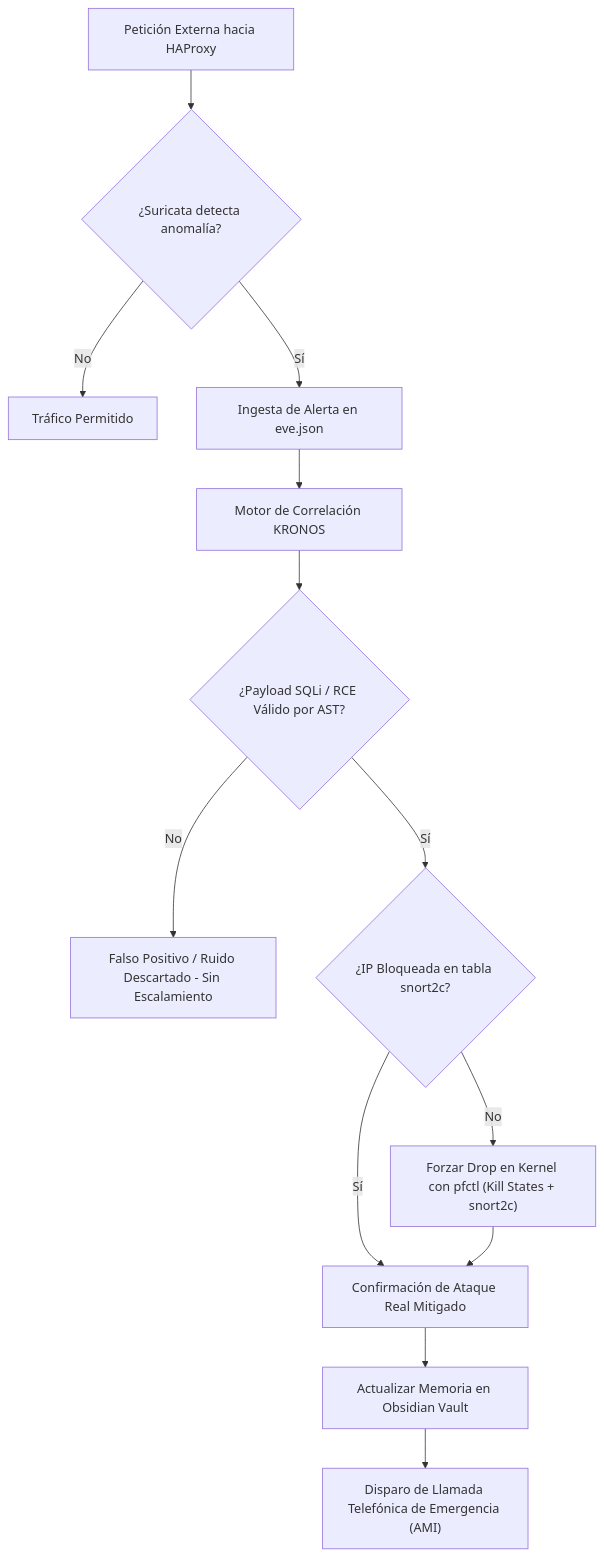
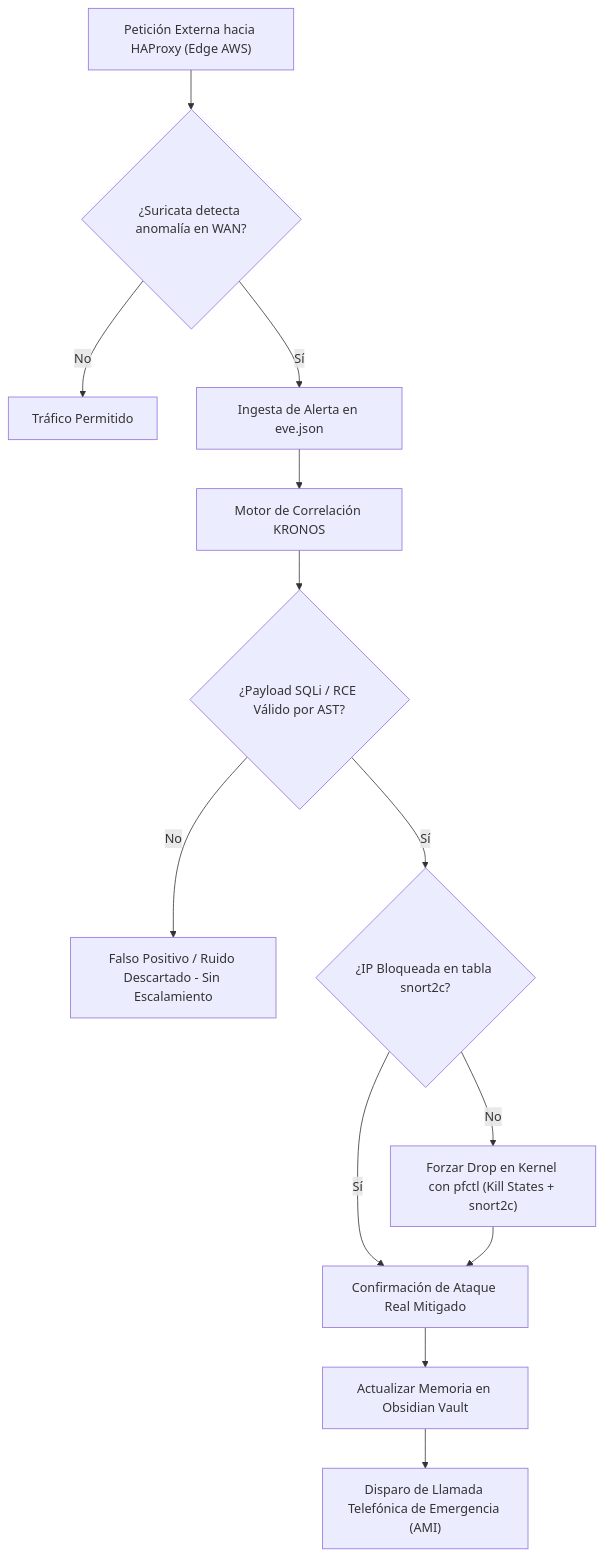
The diagram in README.md (Fredinni/Proyecto-Portafolio), drawn with Mermaid before and after one commit. The commit also changed other lines of this file and 7 other files, not shown here.

````diff
--- a/README.md
+++ b/README.md
@@ -100,15 +104,15 @@
 ```mermaid
 flowchart TD
-    A["Petición Externa hacia HAProxy"] --> B{"¿Suricata detecta anomalía?"}
+    A["Petición Externa hacia HAProxy (Edge AWS)"] --> B{"¿Suricata detecta anomalía en WAN?"}
     B -- No --> C["Tráfico Permitido"]
     B -- Sí --> D["Ingesta de Alerta en eve.json"]
     D --> E["Motor de Correlación KRONOS"]
     E --> F{"¿Payload SQLi / RCE Válido por AST?"}
     F -- No --> G["Falso Positivo / Ruido Descartado - Sin Escalamiento"]
     F -- Sí --> H{"¿IP Bloqueada en tabla snort2c?"}
     H -- No --> I["Forzar Drop en Kernel con pfctl (Kill States + snort2c)"]
     H -- Sí --> J["Confirmación de Ataque Real Mitigado"]
     I --> J
     J --> K["Actualizar Memoria en Obsidian Vault"]
     K --> L["Disparo de Llamada Telefónica de Emergencia (AMI)"]
 ```
````
